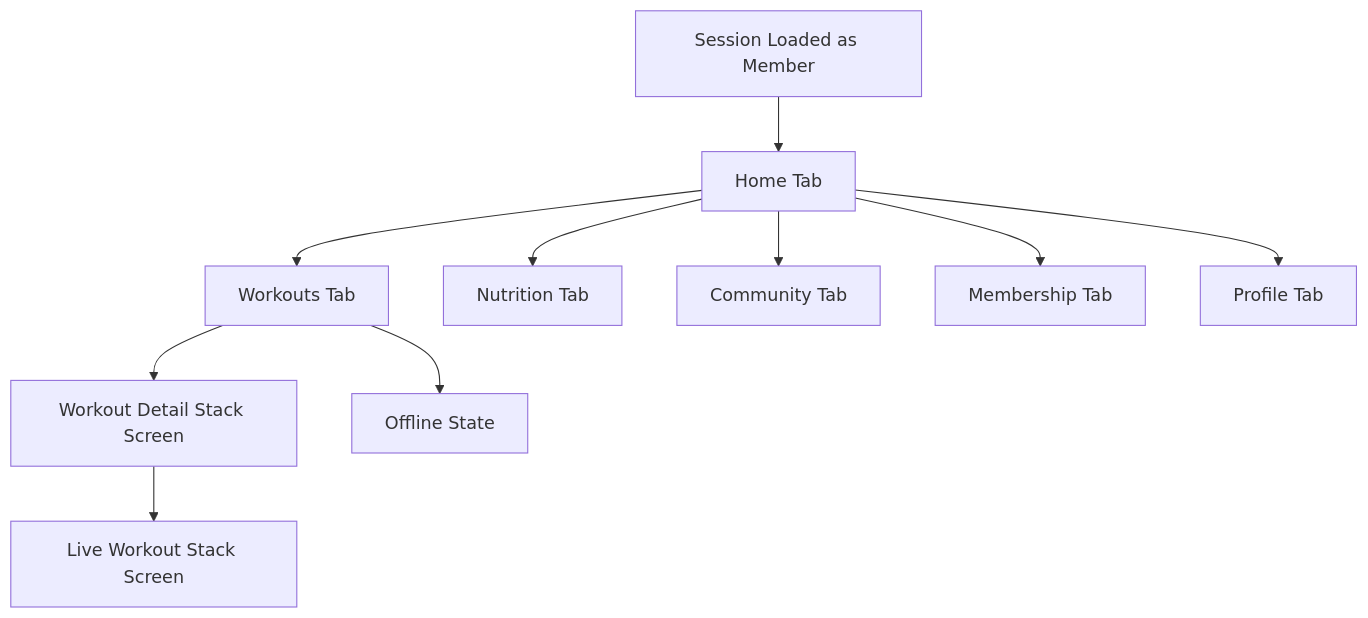
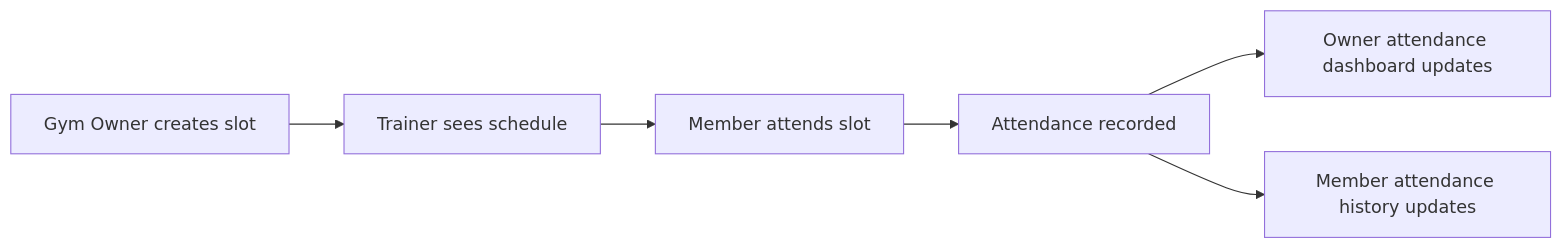
Before and after one commit to atharshah1/gimios: the third of 5 diagrams in frontend/mobile-app/SCREEN_FLOW.md, drawn with Mermaid. The commit also changed other lines of this file and 16 other files, not shown here.

Commit message:
Add gym owner flow and connect owner-trainer-member attendance pipeline

````diff
--- a/frontend/mobile-app/SCREEN_FLOW.md
+++ b/frontend/mobile-app/SCREEN_FLOW.md
@@ -59,14 +39,8 @@
 ```mermaid
-flowchart TD
-    ML[Session Loaded as Member] --> MH[Home Tab]
-    MH --> WO[Workouts Tab]
-    MH --> NU[Nutrition Tab]
-    MH --> CO[Community Tab]
-    MH --> ME[Membership Tab]
-    MH --> PR[Profile Tab]
-
-    WO --> WD[Workout Detail Stack Screen]
-    WD --> LW[Live Workout Stack Screen]
-
-    WO --> OF[Offline State]
+flowchart LR
+    OWNER[Gym Owner creates slot] --> TRAINER[Trainer sees schedule]
+    TRAINER --> MEMBER[Member attends slot]
+    MEMBER --> ATT[Attendance recorded]
+    ATT --> OWNER_VIEW[Owner attendance dashboard updates]
+    ATT --> MEMBER_VIEW[Member attendance history updates]
 ```
````
